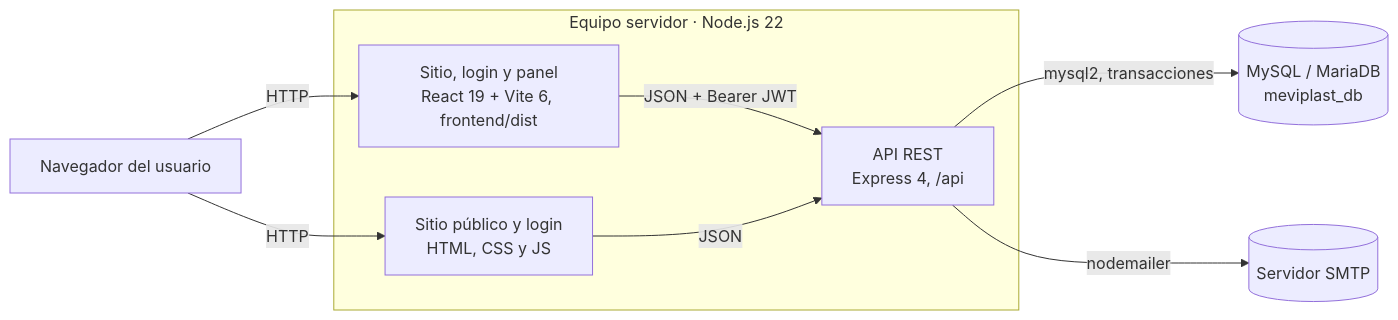
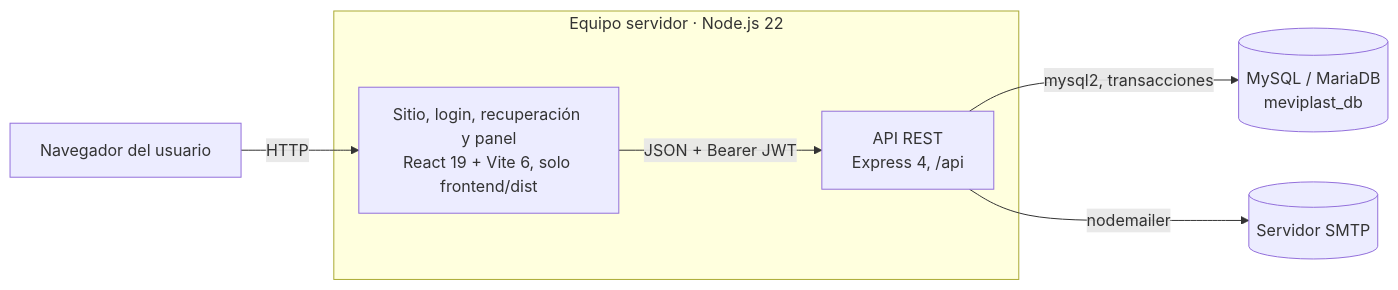
One commit to Pafuna08/MEVIPLAST-NODEJS changed the second of 5 diagrams in docs/architecture/diagramas.md. Above: the diagram before and after it, drawn with Mermaid. The commit also changed other lines of this file and 23 other files, not shown here.

````diff
--- a/docs/architecture/diagramas.md
+++ b/docs/architecture/diagramas.md
@@ -24,17 +24,14 @@
 ```mermaid
 flowchart LR
   NAV[Navegador del usuario]
   subgraph SRV[Equipo servidor · Node.js 22]
-    WEB[Sitio público y login<br/>HTML, CSS y JS]
-    SPA[Sitio, login y panel<br/>React 19 + Vite 6, frontend/dist]
+    SPA[Sitio, login, recuperación y panel<br/>React 19 + Vite 6, solo frontend/dist]
     API[API REST<br/>Express 4, /api]
   end
   DB[(MySQL / MariaDB<br/>meviplast_db)]
   SMTP[(Servidor SMTP)]
-  NAV -->|HTTP| WEB
   NAV -->|HTTP| SPA
   SPA -->|JSON + Bearer JWT| API
-  WEB -->|JSON| API
   API -->|mysql2, transacciones| DB
   API -->|nodemailer| SMTP
 ```
````
